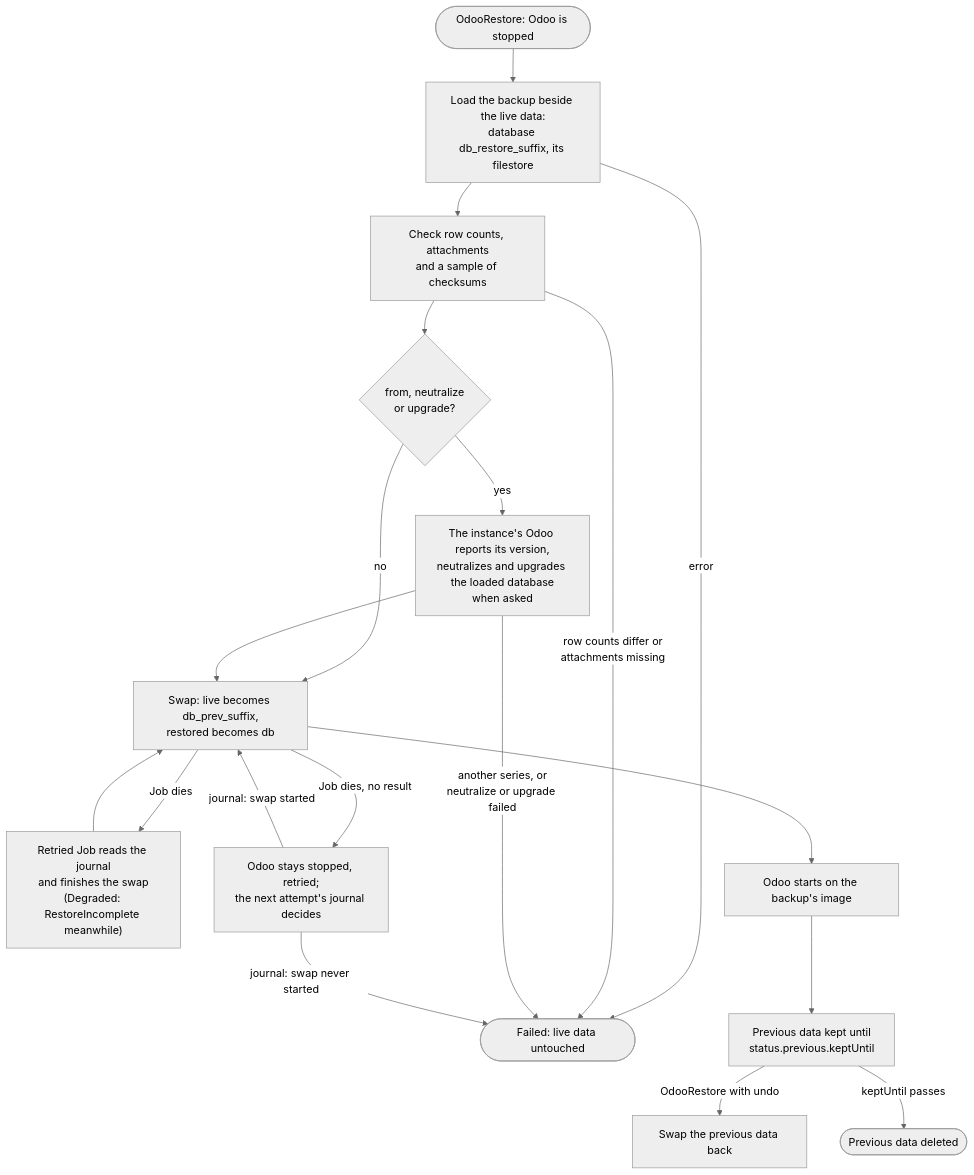
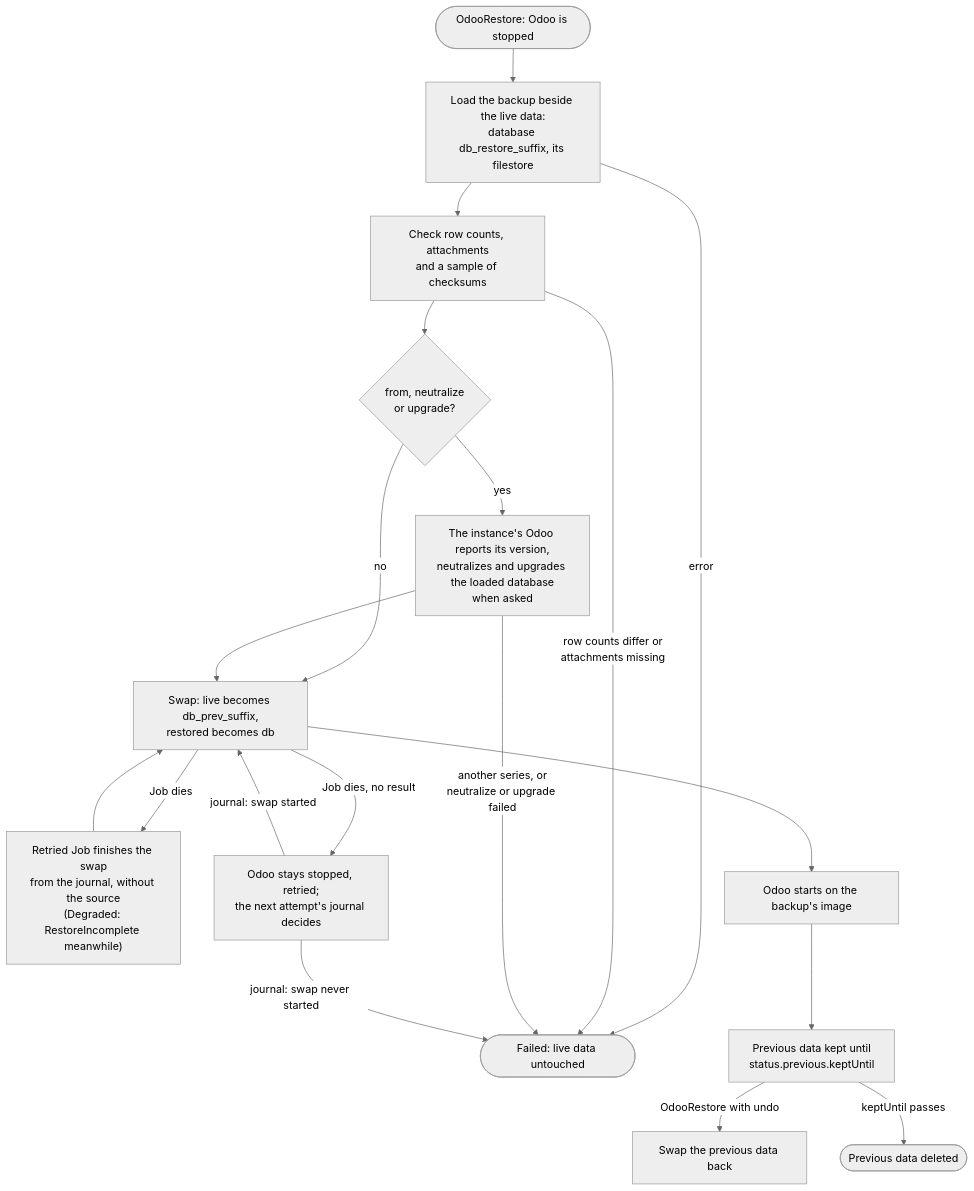
One commit to MohanadAbugharbia/odoo-operator changed the diagram in docs/guides/restore.md. Above: the diagram before and after it, drawn with Mermaid (neutral theme). The commit also changed other lines of this file and 10 other files, not shown here.

````diff
--- a/docs/guides/restore.md
+++ b/docs/guides/restore.md
@@ -175,21 +187,21 @@
 ```mermaid
 flowchart TD
   start([OdooRestore: Odoo is stopped]) --> load["Load the backup beside the live data:<br/>database db_restore_suffix, its filestore"]
   load --> check[Check row counts, attachments<br/>and a sample of checksums]
   load -->|error| failed([Failed: live data untouched])
   check -->|row counts differ or<br/>attachments missing| failed
   check --> odoo{"from, neutralize<br/>or upgrade?"}
   odoo -- "no" --> swap
   odoo -- "yes" --> step["The instance's Odoo reports its version,<br/>neutralizes and upgrades the loaded database<br/>when asked"]
   step -->|another series, or<br/>neutralize or upgrade failed| failed
   step --> swap["Swap: live becomes db_prev_suffix,<br/>restored becomes db"]
-  swap -->|Job dies| retry["Retried Job reads the journal<br/>and finishes the swap<br/>(Degraded: RestoreIncomplete meanwhile)"]
+  swap -->|Job dies| retry["Retried Job finishes the swap<br/>from the journal, without the source<br/>(Degraded: RestoreIncomplete meanwhile)"]
   retry --> swap
   swap -->|"Job dies, no result"| unknown["Odoo stays stopped, retried;<br/>the next attempt's journal decides"]
   unknown -->|journal: swap never started| failed
   unknown -->|journal: swap started| swap
   swap --> run[Odoo starts on the backup's image]
   run --> kept["Previous data kept until<br/>status.previous.keptUntil"]
   kept -->|OdooRestore with undo| undo[Swap the previous data back]
   kept -->|keptUntil passes| gone([Previous data deleted])
 ```
````
